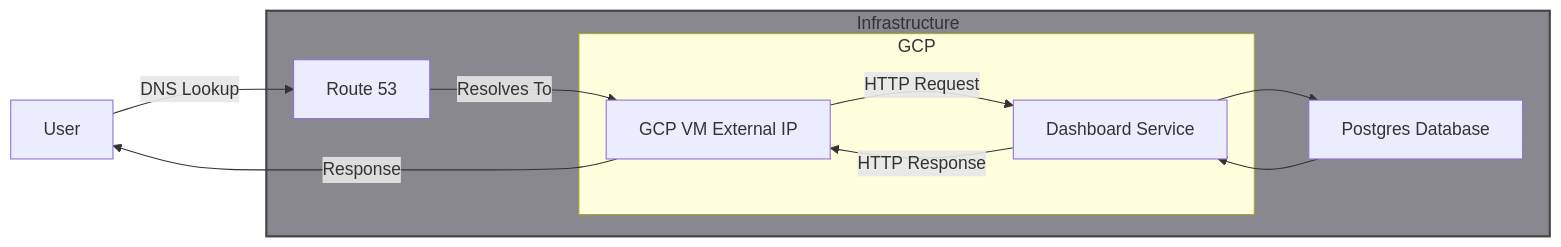
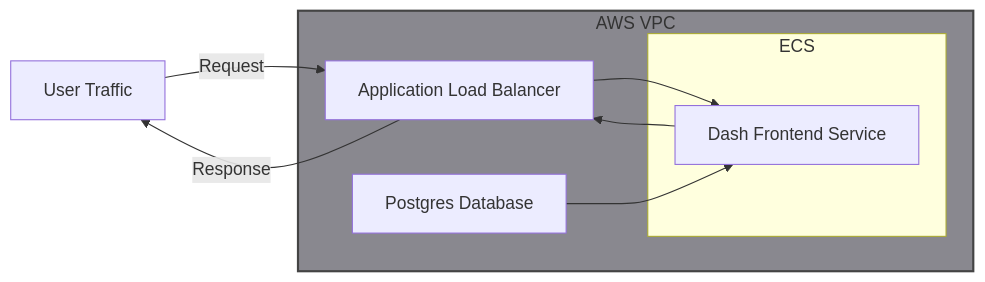
The diagram in src/content/docs/services/dash_frontend.md (jyablonski/doqs), drawn with Mermaid before and after one commit. The commit also changed other lines of this file and 6 other files, not shown here.

````diff
--- a/src/content/docs/services/dash_frontend.md
+++ b/src/content/docs/services/dash_frontend.md
@@ -14,22 +14,16 @@
 ``` mermaid
 graph LR
-    User[User] -->|DNS Lookup| R53[Route 53]
-    R53 -->|Resolves To| GCPVM[GCP VM External IP]
-    GCPVM -->|HTTP Request| DASH[Dashboard Service]
-    DASH -->DB[Postgres Database]
-    DB --> DASH
-    DASH -->|HTTP Response| GCPVM
-    GCPVM -->|Response| User
-
-    subgraph Infra[Infrastructure]
-        R53
-        subgraph GoogleCloud[GCP]
-            GCPVM
+    User[User Traffic] -->|Request| ALB[Application Load Balancer]
+    ALB -->|Response| User
+    ALB --> DASH[Dash Frontend Service]
+    DASH --> ALB
+    DB[Postgres Database] --> DASH
+    subgraph VPC[AWS VPC]
+        ALB
+        DB
+        subgraph ECSBox[ECS]
             DASH
         end
-        DB
     end
-
-    style Infra fill:#89888f,stroke:#444444,stroke-width:2px
-
+  style VPC fill:#89888f,stroke:#444444,stroke-width:2px
 ```
````
